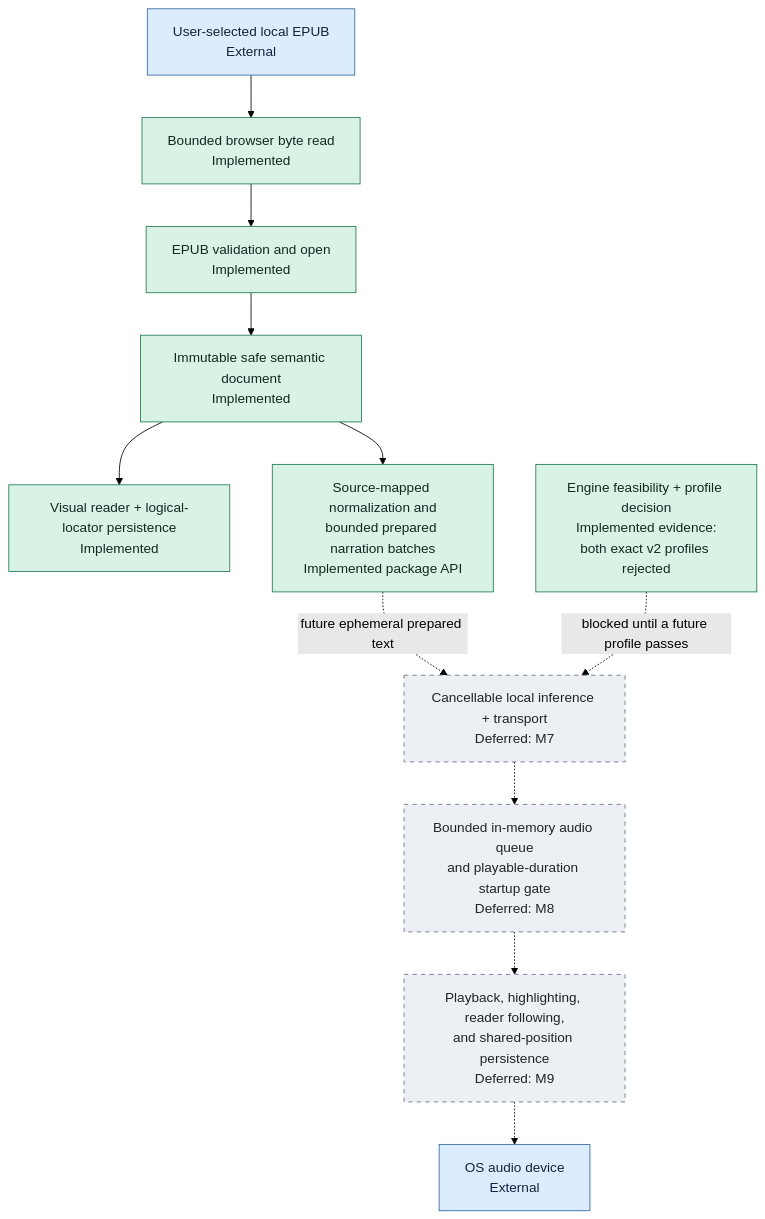
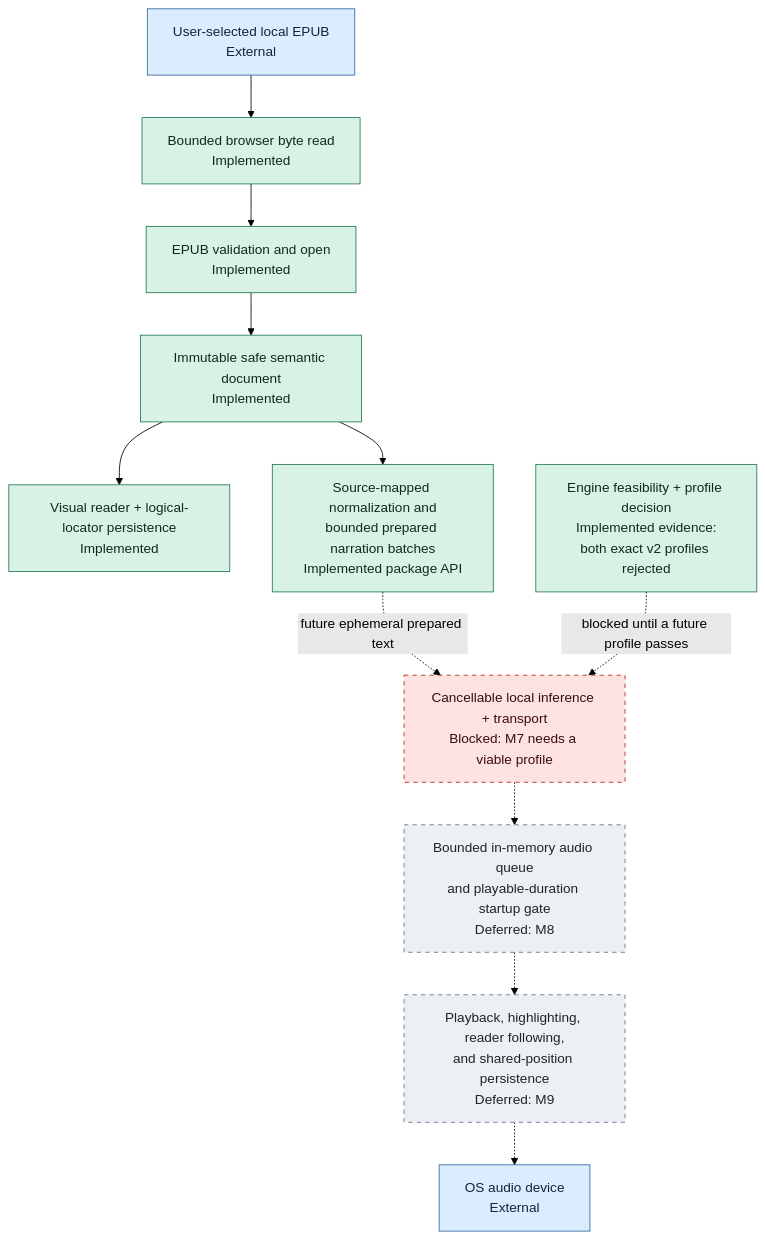
One commit to mmjosedaniel/voxleaf changed the second of 2 diagrams in docs/architecture/system-diagram.md. Above: the diagram before and after it, drawn with Mermaid (forest theme). The commit also changed other lines of this file and 10 other files, not shown here.

````diff
--- a/docs/architecture/system-diagram.md
+++ b/docs/architecture/system-diagram.md
@@ -97,28 +100,29 @@
 ```mermaid
 flowchart TD
     classDef implemented fill:#d9f2e6,stroke:#247a52,color:#102a20
     classDef progress fill:#dcecff,stroke:#356aa0,color:#13253a,stroke-dasharray: 3 3
     classDef planned fill:#fff0c7,stroke:#9a6b00,color:#332400,stroke-dasharray: 5 5
+    classDef blocked fill:#fde2e2,stroke:#b42318,color:#3a0d0d,stroke-dasharray: 5 5
     classDef deferred fill:#eceff3,stroke:#667085,color:#20242a,stroke-dasharray: 5 5
     classDef external fill:#dcecff,stroke:#356aa0,color:#13253a
 
     FILE["User-selected local EPUB<br/>External"]:::external
     READ["Bounded browser byte read<br/>Implemented"]:::implemented
     OPEN["EPUB validation and open<br/>Implemented"]:::implemented
     SAFE["Immutable safe semantic document<br/>Implemented"]:::implemented
     VISUAL["Visual reader + logical-locator persistence<br/>Implemented"]:::implemented
     PREP["Source-mapped normalization and<br/>bounded prepared narration batches<br/>Implemented package API"]:::implemented
     PROFILE["Engine feasibility + profile decision<br/>Implemented evidence:<br/>both exact v2 profiles rejected"]:::implemented
-    INFER["Cancellable local inference + transport<br/>Deferred: M7"]:::deferred
+    INFER["Cancellable local inference + transport<br/>Blocked: M7 needs a viable profile"]:::blocked
     BUFFER["Bounded in-memory audio queue<br/>and playable-duration startup gate<br/>Deferred: M8"]:::deferred
     FOLLOW["Playback, highlighting, reader following,<br/>and shared-position persistence<br/>Deferred: M9"]:::deferred
     DEVICE["OS audio device<br/>External"]:::external
 
     FILE --> READ --> OPEN --> SAFE --> VISUAL
     SAFE --> PREP
     PREP -.->|"future ephemeral prepared text"| INFER
     PROFILE -.->|"blocked until a future profile passes"| INFER
     INFER -.-> BUFFER
     BUFFER -.-> FOLLOW
     FOLLOW -.-> DEVICE
 ```
````
